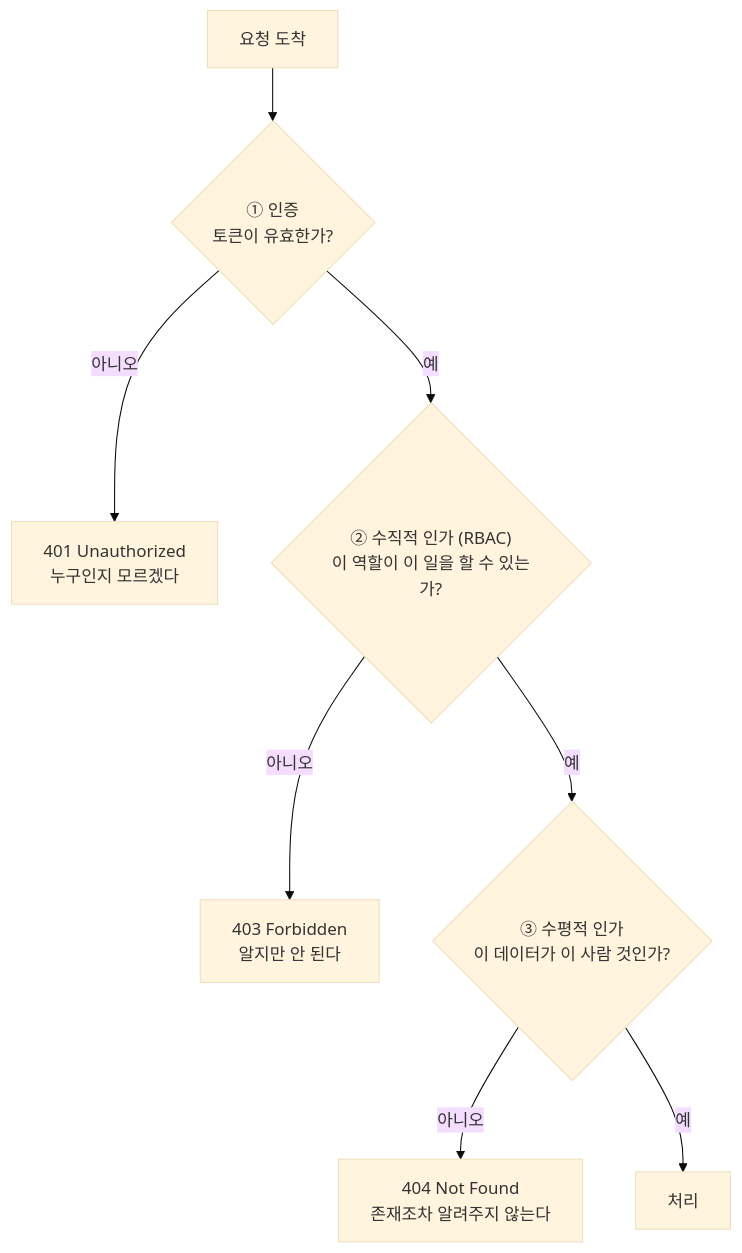
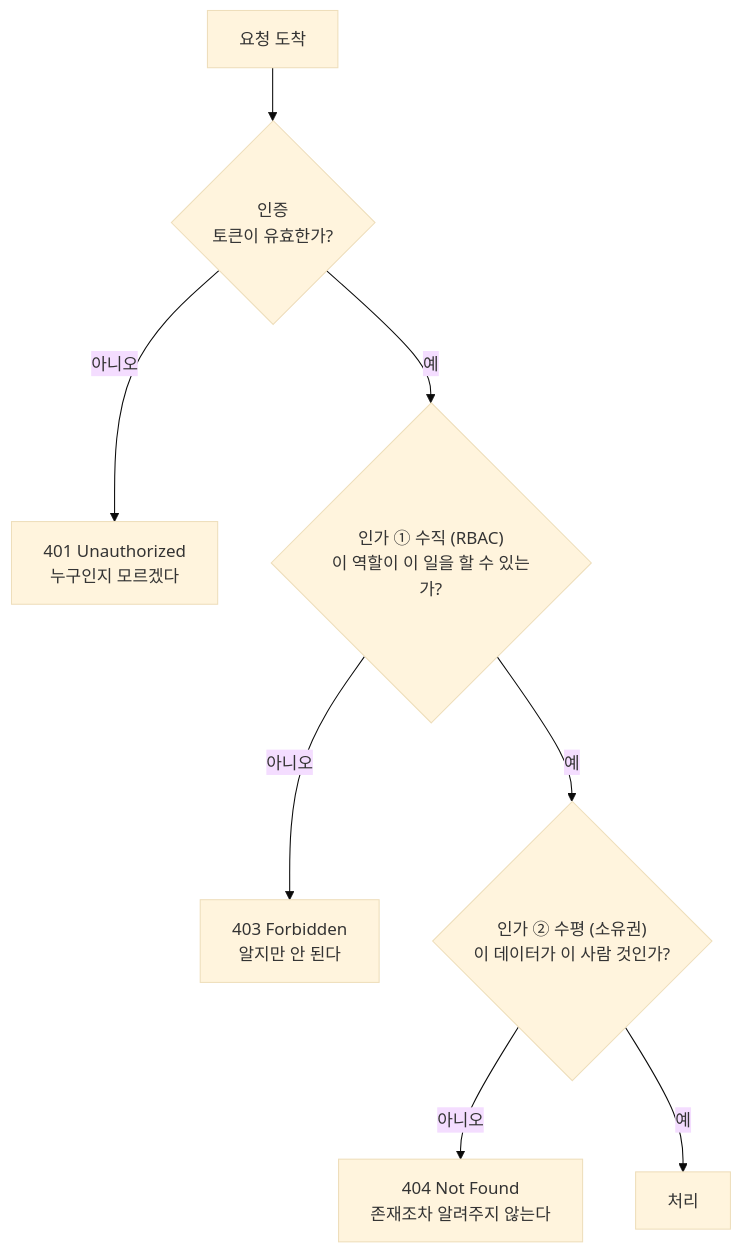
Diagram 15 of 16 in docs/msa-learning-note.md (Jin-dev92/springboot-simple-msa), drawn with Mermaid (base theme) before and after one commit. The commit also changed other lines of this file, not shown here.

First line of the commit message:
docs: 학습 노트 인증 절 다이어그램 정확성 수정

````diff
--- a/docs/msa-learning-note.md
+++ b/docs/msa-learning-note.md
@@ -674,10 +677,10 @@
 ```mermaid
 flowchart TB
-    R["요청 도착"] --> A{"① 인증<br/>토큰이 유효한가?"}
+    R["요청 도착"] --> A{"인증<br/>토큰이 유효한가?"}
     A -->|"아니오"| E401["401 Unauthorized<br/>누구인지 모르겠다"]
-    A -->|"예"| B{"② 수직적 인가 (RBAC)<br/>이 역할이 이 일을 할 수 있는가?"}
+    A -->|"예"| B{"인가 ① 수직 (RBAC)<br/>이 역할이 이 일을 할 수 있는가?"}
     B -->|"아니오"| E403["403 Forbidden<br/>알지만 안 된다"]
-    B -->|"예"| C{"③ 수평적 인가<br/>이 데이터가 이 사람 것인가?"}
+    B -->|"예"| C{"인가 ② 수평 (소유권)<br/>이 데이터가 이 사람 것인가?"}
     C -->|"아니오"| E404["404 Not Found<br/>존재조차 알려주지 않는다"]
     C -->|"예"| OK["처리"]
 ```
````
